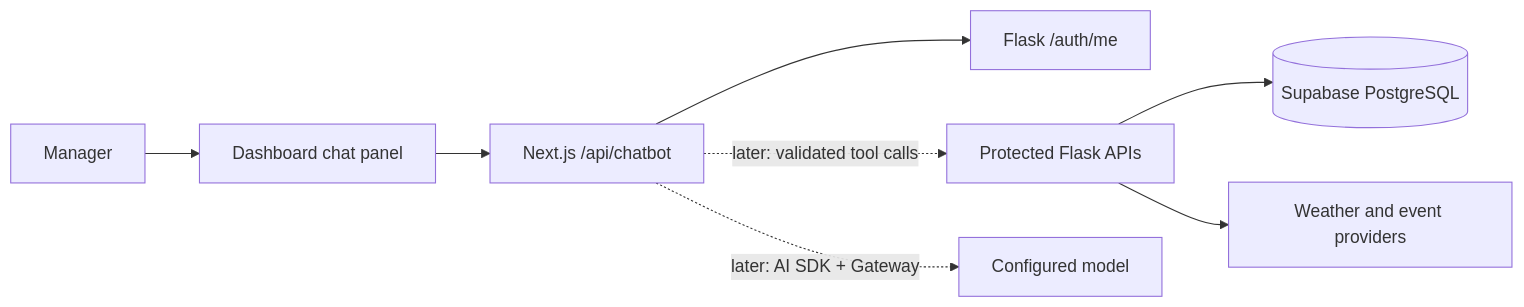
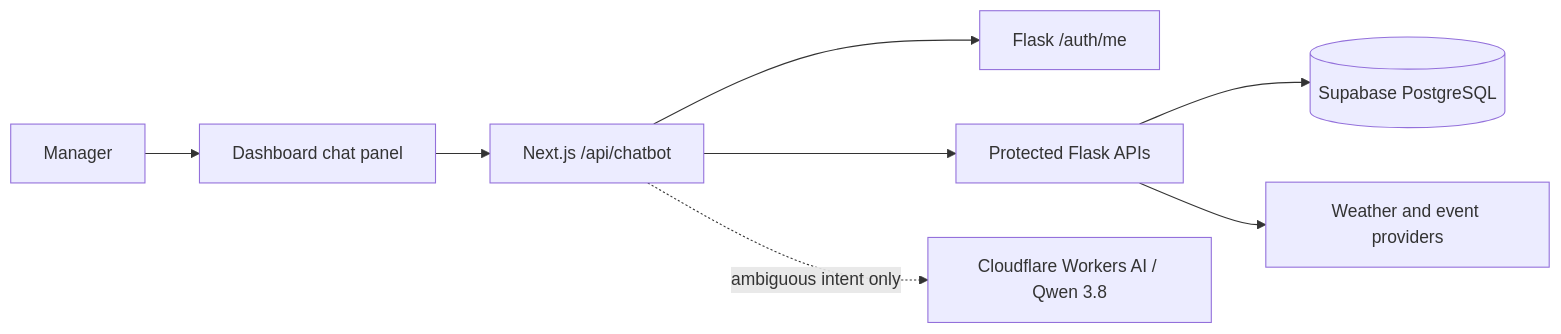
Before and after one commit to vale2015/Dissertation: the first of 2 diagrams in docs/RFS Chatbot Architecture Design.md, drawn with Mermaid. The commit also changed other lines of this file and 27 other files, not shown here.

````diff
--- a/docs/RFS Chatbot Architecture Design.md
+++ b/docs/RFS Chatbot Architecture Design.md
@@ -15,10 +15,10 @@
 ```mermaid
 flowchart LR
   M[Manager] --> UI[Dashboard chat panel]
   UI --> BFF[Next.js /api/chatbot]
   BFF --> AUTH[Flask /auth/me]
-  BFF -. later: validated tool calls .-> API[Protected Flask APIs]
-  BFF -. later: AI SDK + Gateway .-> LLM[Configured model]
+  BFF --> API[Protected Flask APIs]
+  BFF -. ambiguous intent only .-> LLM[Cloudflare Workers AI / Qwen 3.8]
   API --> DB[(Supabase PostgreSQL)]
   API --> EXT[Weather and event providers]
 ```
````
